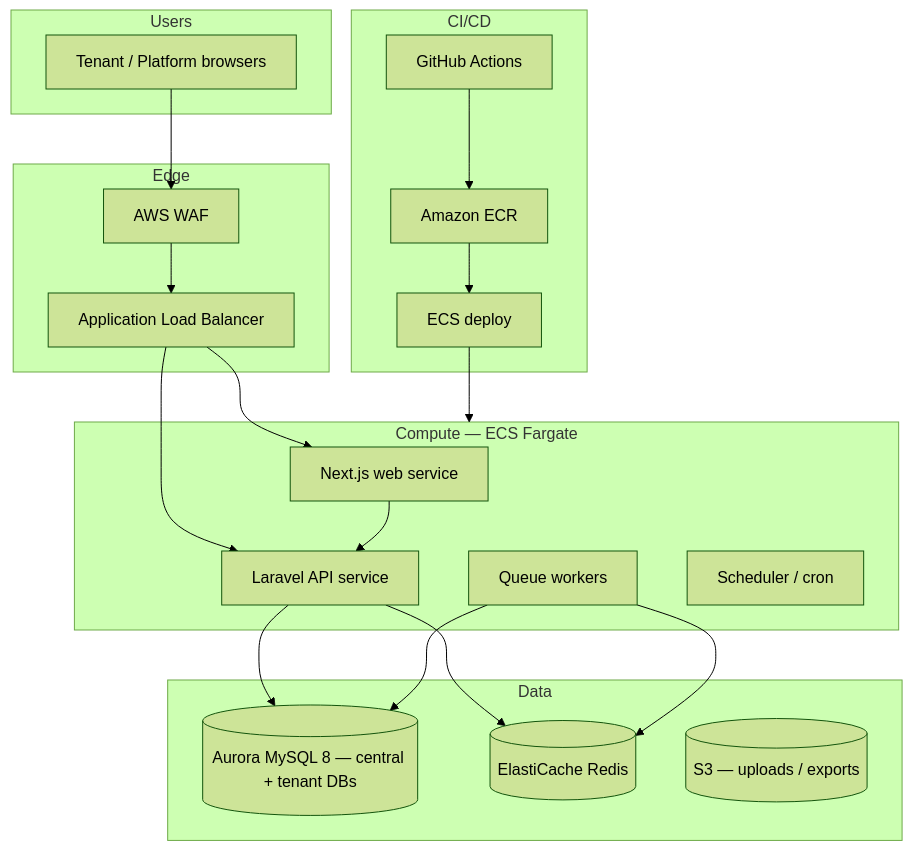
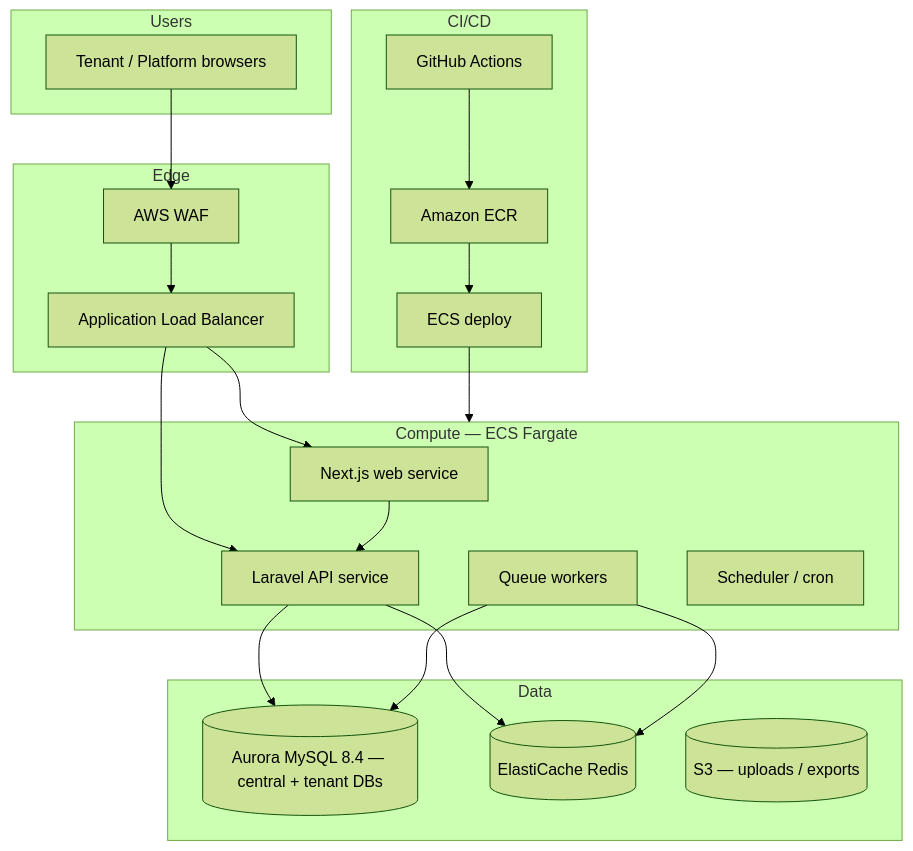
The diagram in docs/infrastructure/aws-ecs-cicd.md (pjcruz-dev/towerco), drawn with Mermaid (forest theme) before and after one commit. The commit also changed other lines of this file and 51 other files, not shown here.

````diff
--- a/docs/infrastructure/aws-ecs-cicd.md
+++ b/docs/infrastructure/aws-ecs-cicd.md
@@ -9,41 +9,41 @@
 ```mermaid
 flowchart TB
   subgraph users [Users]
     Browser[Tenant / Platform browsers]
   end
 
   subgraph edge [Edge]
     ALB[Application Load Balancer]
     WAF[AWS WAF]
   end
 
   subgraph compute [Compute — ECS Fargate]
     Web[Next.js web service]
     API[Laravel API service]
     Worker[Queue workers]
     Scheduler[Scheduler / cron]
   end
 
   subgraph data [Data]
-    Aurora[(Aurora MySQL 8 — central + tenant DBs)]
+    Aurora[(Aurora MySQL 8.4 — central + tenant DBs)]
     Redis[(ElastiCache Redis)]
     S3[(S3 — uploads / exports)]
   end
 
   subgraph cicd [CI/CD]
     GH[GitHub Actions]
     ECR[Amazon ECR]
     ECS[ECS deploy]
   end
 
   Browser --> WAF --> ALB
   ALB --> Web
   ALB --> API
   API --> Aurora
   API --> Redis
   Worker --> Aurora
   Worker --> Redis
   Web --> API
   GH --> ECR --> ECS
   ECS --> compute
 ```
````
